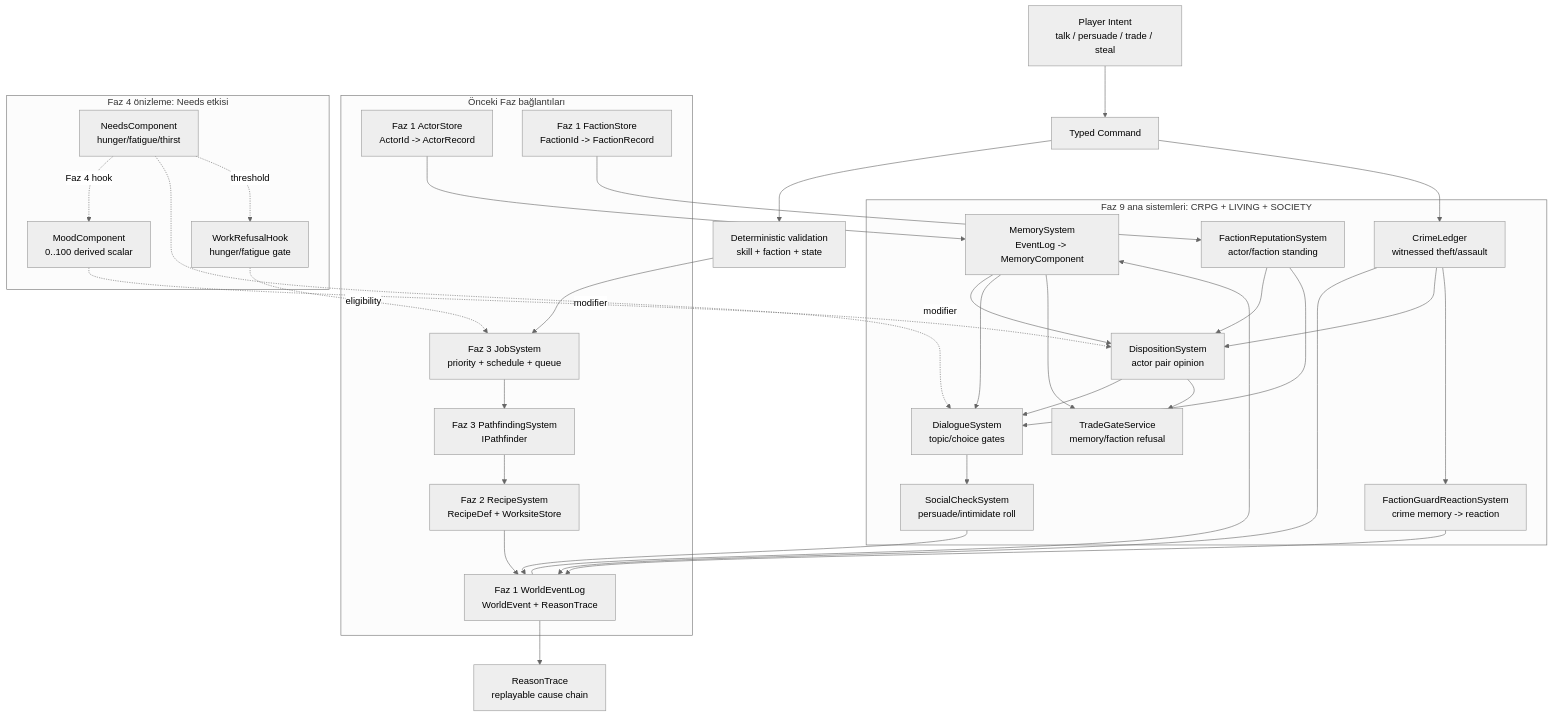
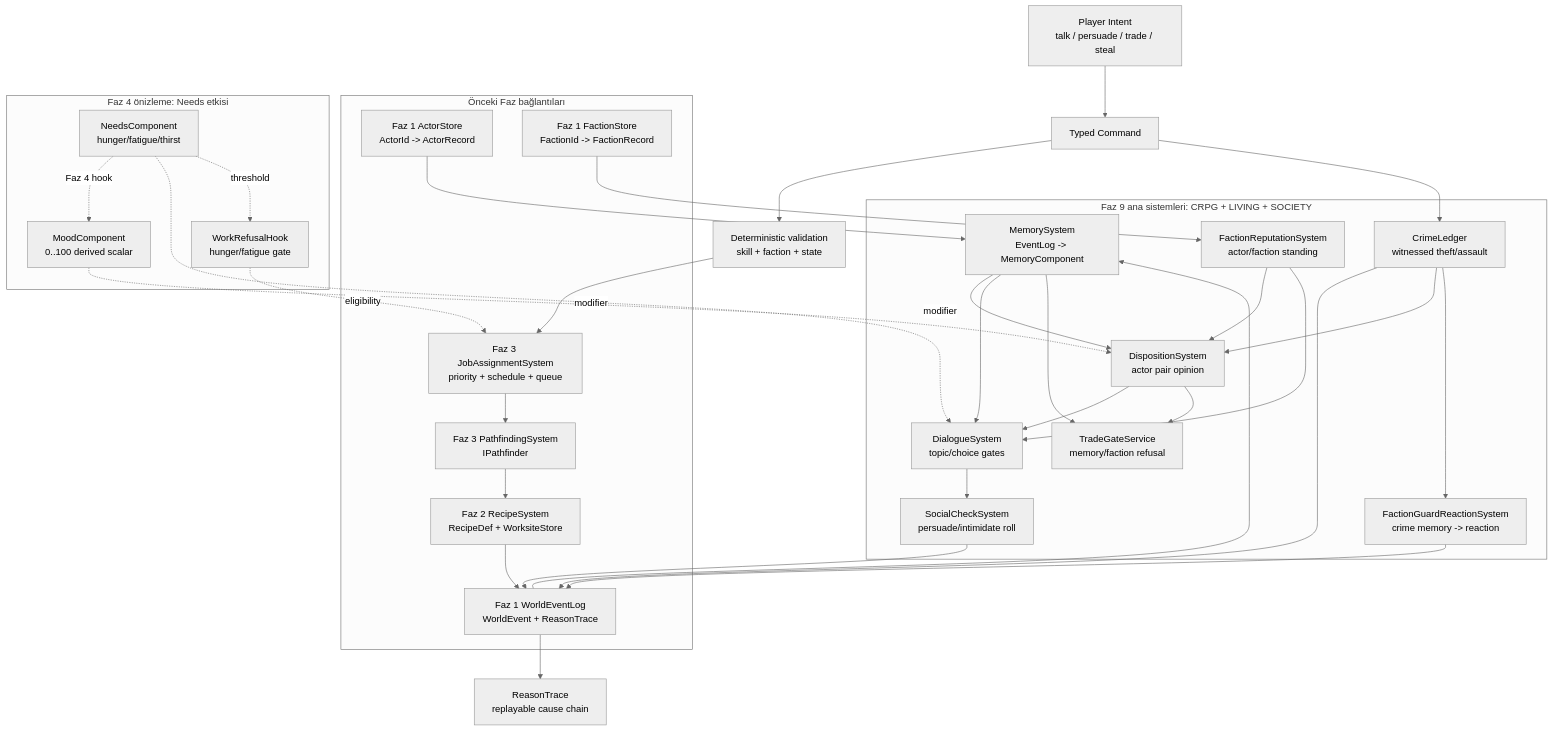
The first of 3 diagrams in docs/mechanics/faz-9-dialogue-memory-faction.md (msbel5/alcyone-ember-rpg), drawn with Mermaid (neutral theme) before and after one commit. The commit also changed other lines of this file and 10 other files, not shown here.

````diff
--- a/docs/mechanics/faz-9-dialogue-memory-faction.md
+++ b/docs/mechanics/faz-9-dialogue-memory-faction.md
@@ -3,61 +7,61 @@
 ```mermaid
 graph TB
     subgraph Previous["Önceki Faz bağlantıları"]
         F1Actors["Faz 1 ActorStore<br/>ActorId -> ActorRecord"]
         F1Factions["Faz 1 FactionStore<br/>FactionId -> FactionRecord"]
         F1Events["Faz 1 WorldEventLog<br/>WorldEvent + ReasonTrace"]
         F2Recipe["Faz 2 RecipeSystem<br/>RecipeDef + WorksiteStore"]
-        F3Jobs["Faz 3 JobSystem<br/>priority + schedule + queue"]
+        F3Jobs["Faz 3 JobAssignmentSystem<br/>priority + schedule + queue"]
         F3Path["Faz 3 PathfindingSystem<br/>IPathfinder"]
     end
 
     subgraph Faz9["Faz 9 ana sistemleri: CRPG + LIVING + SOCIETY"]
         MemorySystem["MemorySystem<br/>EventLog -> MemoryComponent"]
         DispositionSystem["DispositionSystem<br/>actor pair opinion"]
         DialogueSystem["DialogueSystem<br/>topic/choice gates"]
         CrimeLedger["CrimeLedger<br/>witnessed theft/assault"]
         FactionRep["FactionReputationSystem<br/>actor/faction standing"]
         SocialCheck["SocialCheckSystem<br/>persuade/intimidate roll"]
         GuardReact["FactionGuardReactionSystem<br/>crime memory -> reaction"]
         TradeGate["TradeGateService<br/>memory/faction refusal"]
     end
 
     subgraph Faz4Preview["Faz 4 önizleme: Needs etkisi"]
         Needs["NeedsComponent<br/>hunger/fatigue/thirst"]
         Mood["MoodComponent<br/>0..100 derived scalar"]
         Refusal["WorkRefusalHook<br/>hunger/fatigue gate"]
     end
 
     PlayerIntent["Player Intent<br/>talk / persuade / trade / steal"] --> Command["Typed Command"]
     Command --> Validation["Deterministic validation<br/>skill + faction + state"]
     Validation --> F3Jobs
     F3Jobs --> F3Path
     F3Path --> F2Recipe
     F2Recipe --> F1Events
     Command --> CrimeLedger
     CrimeLedger --> F1Events
 
     F1Events --> MemorySystem
     F1Actors --> MemorySystem
     F1Factions --> FactionRep
     MemorySystem --> DispositionSystem
     CrimeLedger --> DispositionSystem
     FactionRep --> DispositionSystem
     DispositionSystem --> DialogueSystem
     MemorySystem --> DialogueSystem
     FactionRep --> DialogueSystem
     DialogueSystem --> SocialCheck
     SocialCheck --> F1Events
     CrimeLedger --> GuardReact
     GuardReact --> F1Events
     DispositionSystem --> TradeGate
     MemorySystem --> TradeGate
 
     Needs -.Faz 4 hook.-> Mood
     Mood -.modifier.-> DispositionSystem
     Needs -.modifier.-> DialogueSystem
     Needs -.threshold.-> Refusal
     Refusal -.eligibility.-> F3Jobs
 
     F1Events --> ReasonTrace["ReasonTrace<br/>replayable cause chain"]
 ```
````
